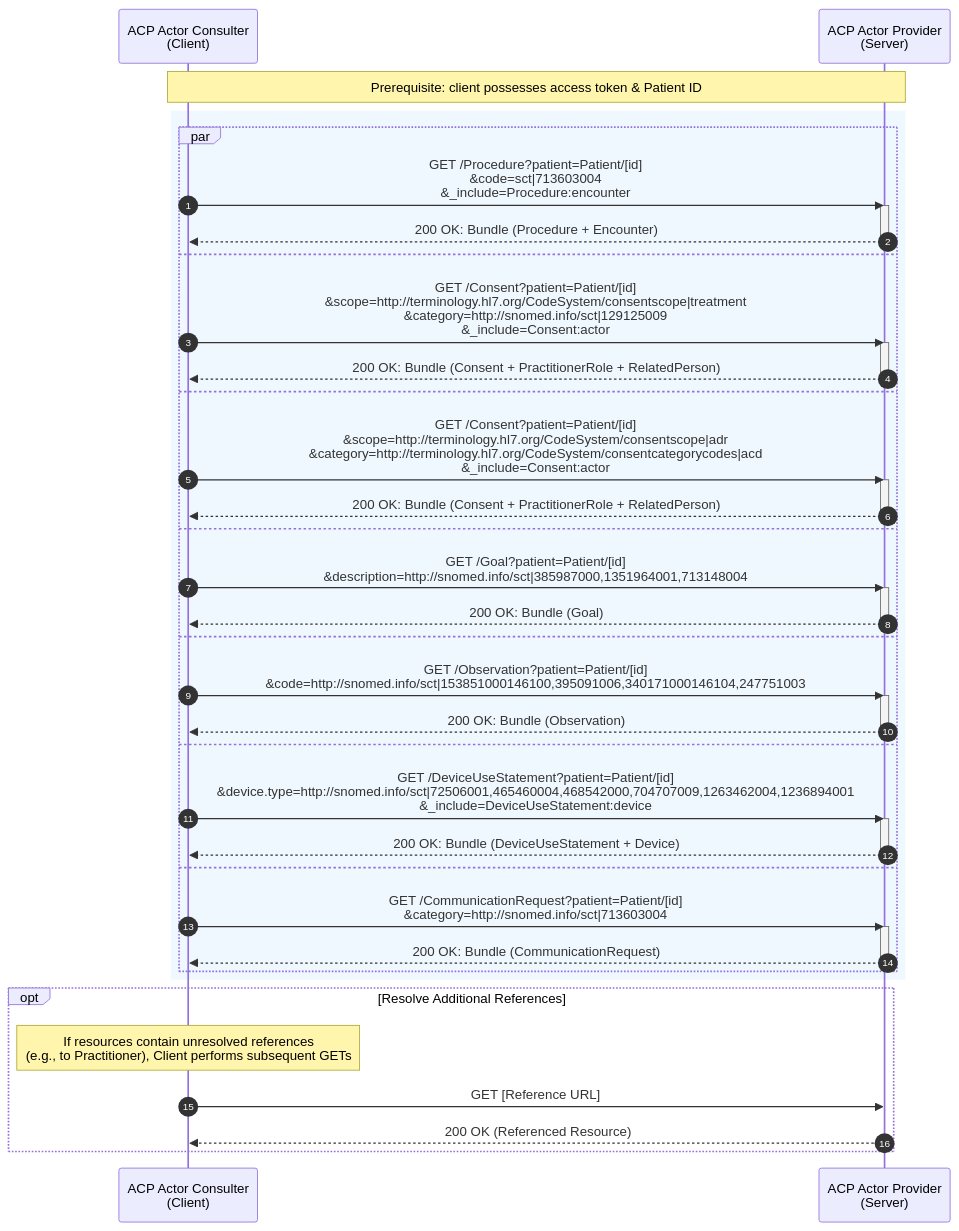
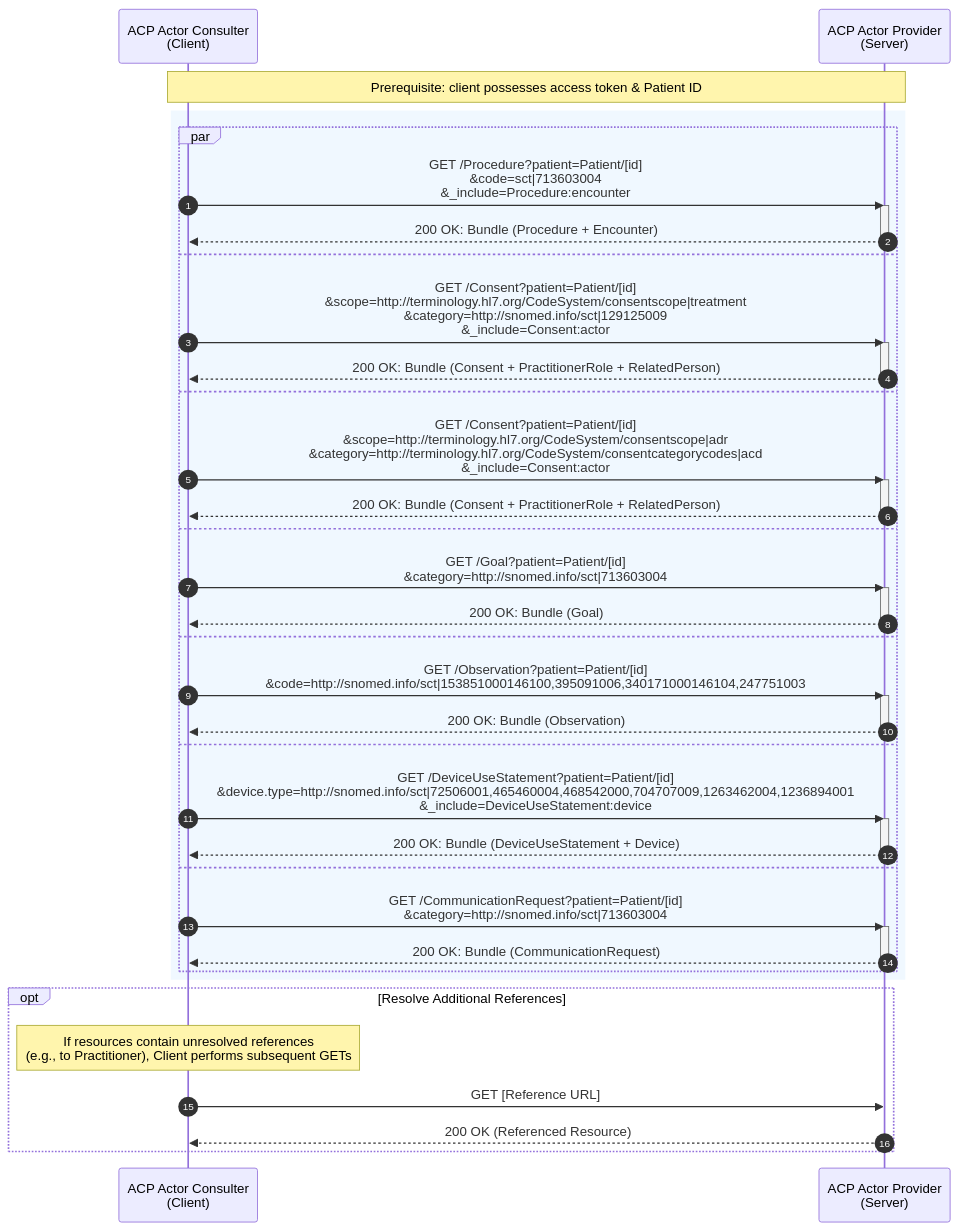
The diagram in input/includes/fhir-data-exchange-individual-resources-mermaid-diagram.md (IKNL/PZP-FHIR-R4), drawn with Mermaid before and after one commit.

Commit message:
Updated missed updating Goal search URL

```diff
--- a/input/includes/fhir-data-exchange-individual-resources-mermaid-diagram.md
+++ b/input/includes/fhir-data-exchange-individual-resources-mermaid-diagram.md
@@ -1,63 +1,63 @@
 <div class="mermaid" style="height: 800px; overflow: visible;">
 
 sequenceDiagram
     autonumber
     participant C as ACP Actor Consulter<br>(Client)
     participant S as ACP Actor Provider<br>(Server)
 
     note over C, S: Prerequisite: client possesses access token & Patient ID
 
     rect rgb(240, 248, 255)
   
         par 
             %% 1. Procedures
             C->>S: GET /Procedure?patient=Patient/[id]<br>&code=sct|713603004<br>&_include=Procedure:encounter
             activate S
             S-->>C: 200 OK: Bundle (Procedure + Encounter)
             deactivate S
         and
             %% 2. Consent (TreatmentDirective)
             C->>S: GET /Consent?patient=Patient/[id]<br>&scope=http://terminology.hl7.org/CodeSystem/consentscope|treatment<br>&category=http://snomed.info/sct|129125009<br>&_include=Consent:actor
             activate S
             S-->>C: 200 OK: Bundle (Consent + PractitionerRole + RelatedPerson)
             deactivate S
         and
             %% 3. Consent (AdvanceCareDirective)
             C->>S: GET /Consent?patient=Patient/[id]<br>&scope=http://terminology.hl7.org/CodeSystem/consentscope|adr<br>&category=http://terminology.hl7.org/CodeSystem/consentcategorycodes|acd<br>&_include=Consent:actor
             activate S
             S-->>C: 200 OK: Bundle (Consent + PractitionerRole + RelatedPerson)
             deactivate S
         and
             %% 4. Goals
-            C->>S: GET /Goal?patient=Patient/[id]<br>&description=http://snomed.info/sct|385987000,1351964001,713148004
+            C->>S: GET /Goal?patient=Patient/[id]<br>&category=http://snomed.info/sct|713603004
             activate S
             S-->>C: 200 OK: Bundle (Goal)
             deactivate S
         and
             %% 5. Observations
             C->>S: GET /Observation?patient=Patient/[id]<br>&code=http://snomed.info/sct|153851000146100,395091006,340171000146104,247751003
             activate S
             S-->>C: 200 OK: Bundle (Observation)
             deactivate S
         and
             %% 6. Devices
             C->>S: GET /DeviceUseStatement?patient=Patient/[id]<br>&device.type=http://snomed.info/sct|72506001,465460004,468542000,704707009,1263462004,1236894001<br>&_include=DeviceUseStatement:device
             activate S
             S-->>C: 200 OK: Bundle (DeviceUseStatement + Device)
             deactivate S
         and
             %% 7. CommunicationRequests
             C->>S: GET /CommunicationRequest?patient=Patient/[id]<br>&category=http://snomed.info/sct|713603004
             activate S
             S-->>C: 200 OK: Bundle (CommunicationRequest)
             deactivate S
         end
     end
 
     opt Resolve Additional References
         note over C: If resources contain unresolved references<br>(e.g., to Practitioner), Client performs subsequent GETs
         C->>S: GET [Reference URL]
         S-->>C: 200 OK (Referenced Resource)
     end
 
 </div>
```
